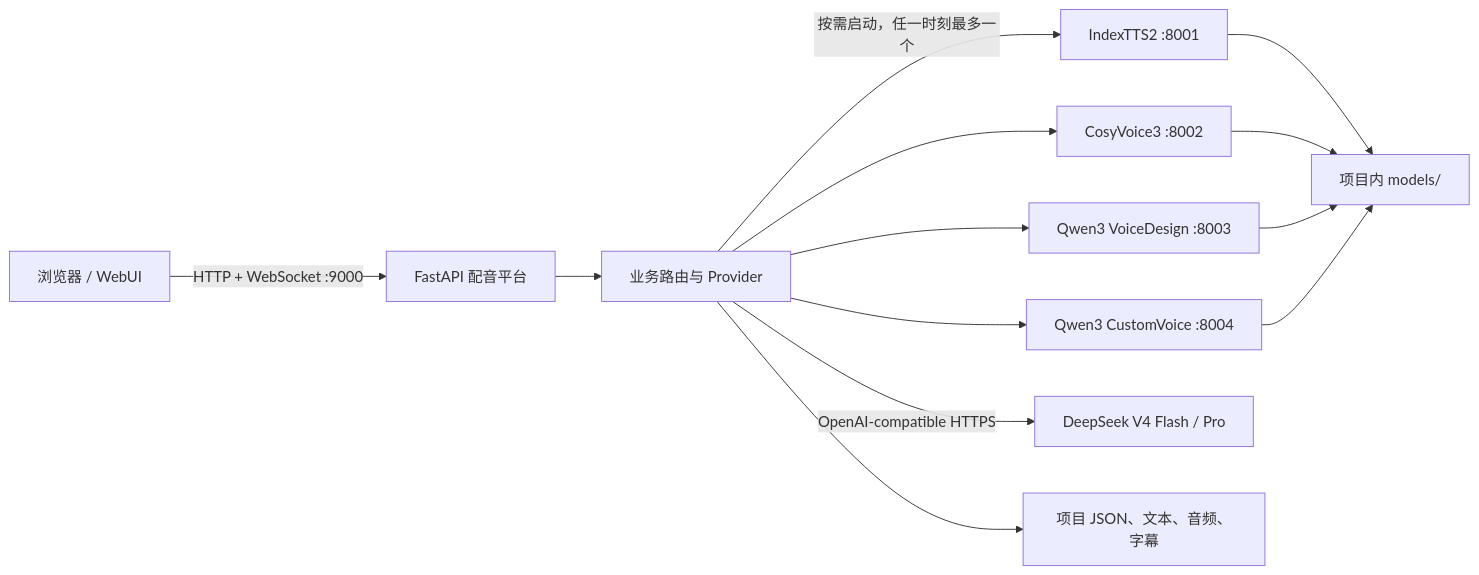
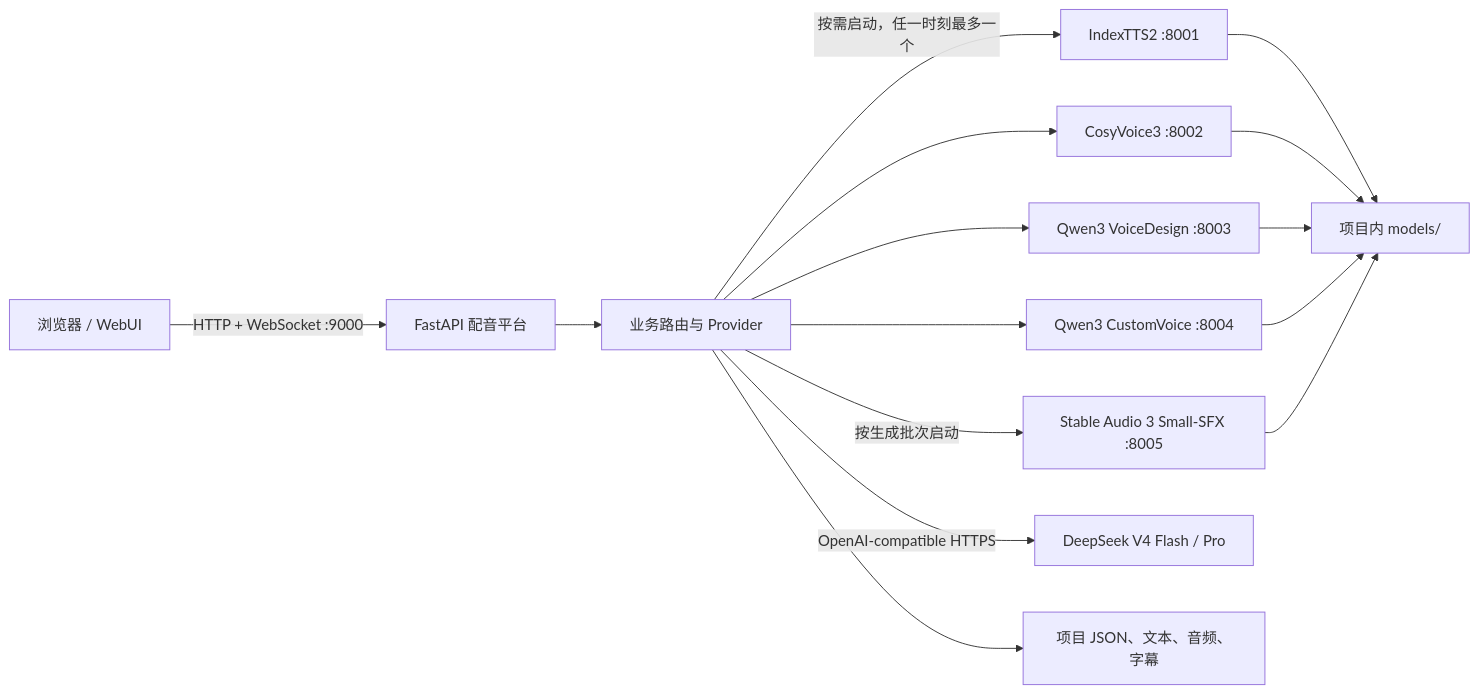
Before and after one commit to btauburn/ai-audio-studio: the diagram in docs/architecture.md, drawn with Mermaid. The commit also changed other lines of this file and 60 other files, not shown here.

Commit message:
Add Stable Audio 3 sound generation

````diff
--- a/docs/architecture.md
+++ b/docs/architecture.md
@@ -9,15 +9,17 @@
 ```mermaid
 flowchart LR
     U["浏览器 / WebUI"] -->|"HTTP + WebSocket :9000"| P["FastAPI 配音平台"]
     P --> R["业务路由与 Provider"]
     R -->|"按需启动，任一时刻最多一个"| I["IndexTTS2 :8001"]
     R --> C["CosyVoice3 :8002"]
     R --> QV["Qwen3 VoiceDesign :8003"]
     R --> QC["Qwen3 CustomVoice :8004"]
+    R -->|"按生成批次启动"| SFX["Stable Audio 3 Small-SFX :8005"]
     R -->|"OpenAI-compatible HTTPS"| D["DeepSeek V4 Flash / Pro"]
     R --> FS["项目 JSON、文本、音频、字幕"]
     I --> M["项目内 models/"]
     C --> M
     QV --> M
     QC --> M
+    SFX --> M
 ```
````
